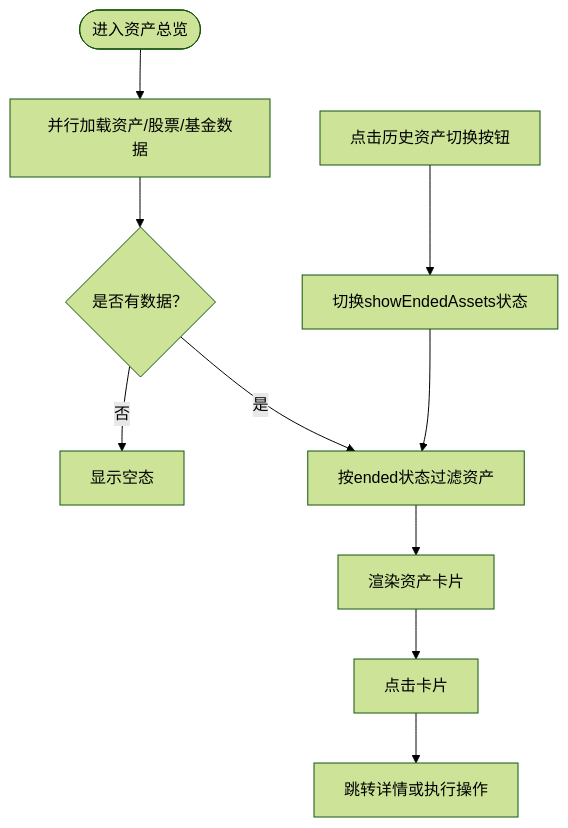
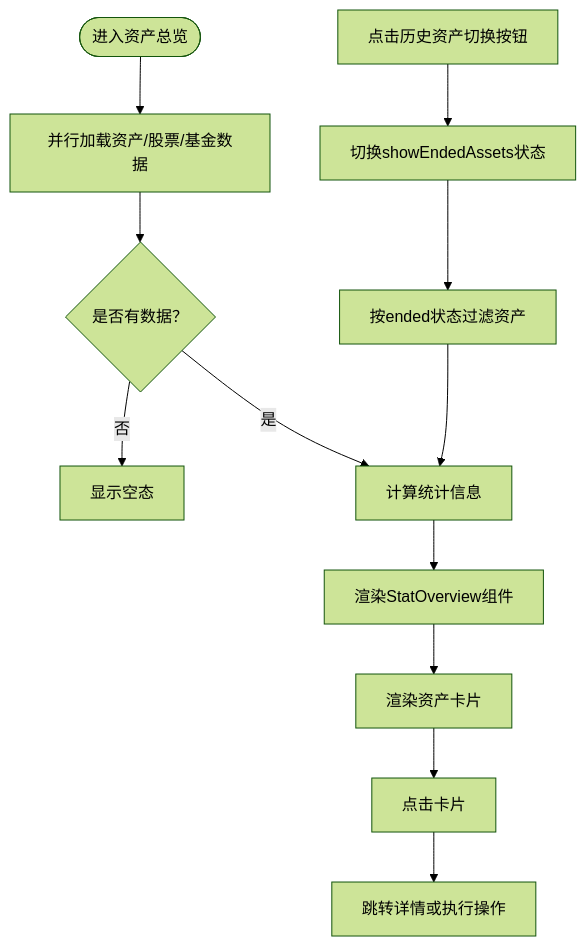
Before and after one commit to xiao-lin-unit/yuan: the third of 10 diagrams in .qoder/repowiki/zh/content/资产管理/资产管理.md, drawn with Mermaid (forest theme). The commit also changed other lines of this file and 14 other files, not shown here.

````diff
--- a/.qoder/repowiki/zh/content/资产管理/资产管理.md
+++ b/.qoder/repowiki/zh/content/资产管理/资产管理.md
@@ -193,12 +211,14 @@
 ```mermaid
 flowchart TD
 Start(["进入资产总览"]) --> Load["并行加载资产/股票/基金数据"]
 Load --> HasData{"是否有数据？"}
 HasData -- 否 --> Empty["显示空态"]
-HasData -- 是 --> Filter["按ended状态过滤资产"]
-Filter --> RenderCards["渲染资产卡片"]
+HasData -- 是 --> CalcStats["计算统计信息"]
+CalcStats --> RenderStats["渲染StatOverview组件"]
+RenderStats --> RenderCards["渲染资产卡片"]
 RenderCards --> Click["点击卡片"]
 Click --> Detail["跳转详情或执行操作"]
 Toggle["点击历史资产切换按钮"] --> ToggleState["切换showEndedAssets状态"]
-ToggleState --> Filter
+ToggleState --> Filter["按ended状态过滤资产"]
+Filter --> CalcStats
 ```
````
